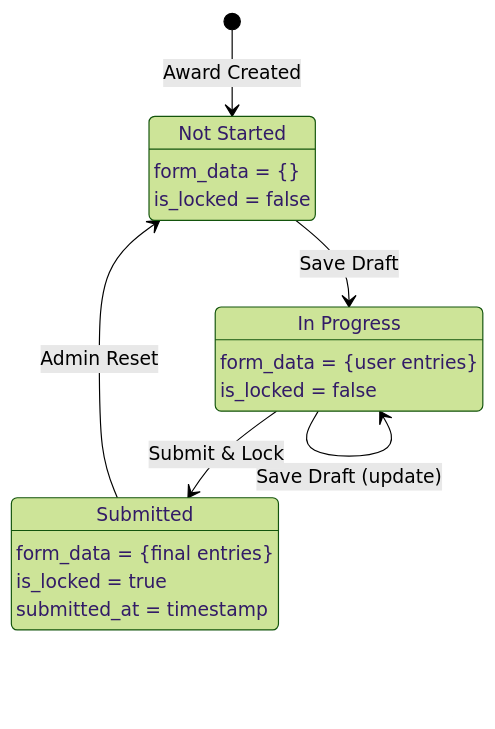
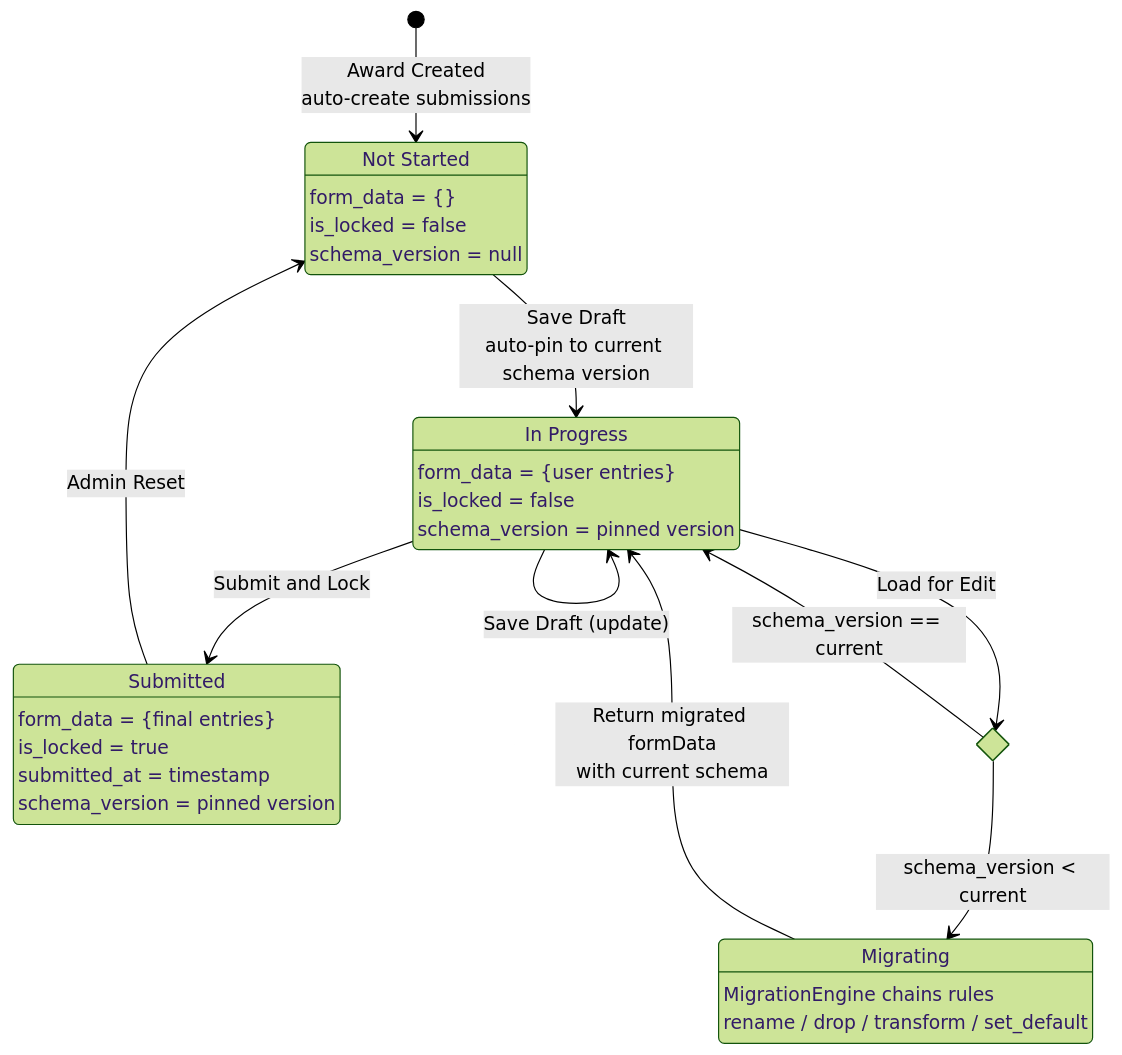
Before and after one commit to jphipps42/RJSF-POC: the diagram in docs/diagrams/form-status-lifecycle.md, drawn with Mermaid (forest theme). The commit also changed 197 other files, not shown here.

````diff
--- a/docs/diagrams/form-status-lifecycle.md
+++ b/docs/diagrams/form-status-lifecycle.md
@@ -1,21 +1,35 @@
 ```mermaid
 stateDiagram-v2
-    [*] --> not_started: Award Created
-    not_started --> in_progress: Save Draft
+    [*] --> not_started: Award Created<br/>auto-create submissions
+
+    not_started --> in_progress: Save Draft<br/>auto-pin to current schema version
     in_progress --> in_progress: Save Draft (update)
-    in_progress --> submitted: Submit & Lock
+    in_progress --> submitted: Submit and Lock
     submitted --> not_started: Admin Reset
 
     not_started: Not Started
     not_started: form_data = {}
     not_started: is_locked = false
+    not_started: schema_version = null
 
     in_progress: In Progress
     in_progress: form_data = {user entries}
     in_progress: is_locked = false
+    in_progress: schema_version = pinned version
 
     submitted: Submitted
     submitted: form_data = {final entries}
     submitted: is_locked = true
     submitted: submitted_at = timestamp
+    submitted: schema_version = pinned version
+
+    state version_check <<choice>>
+    in_progress --> version_check: Load for Edit
+    version_check --> in_progress: schema_version == current
+    version_check --> migrating: schema_version < current
+
+    migrating: Migrating
+    migrating: MigrationEngine chains rules
+    migrating: rename / drop / transform / set_default
+    migrating --> in_progress: Return migrated formData<br/>with current schema
 ```
````
